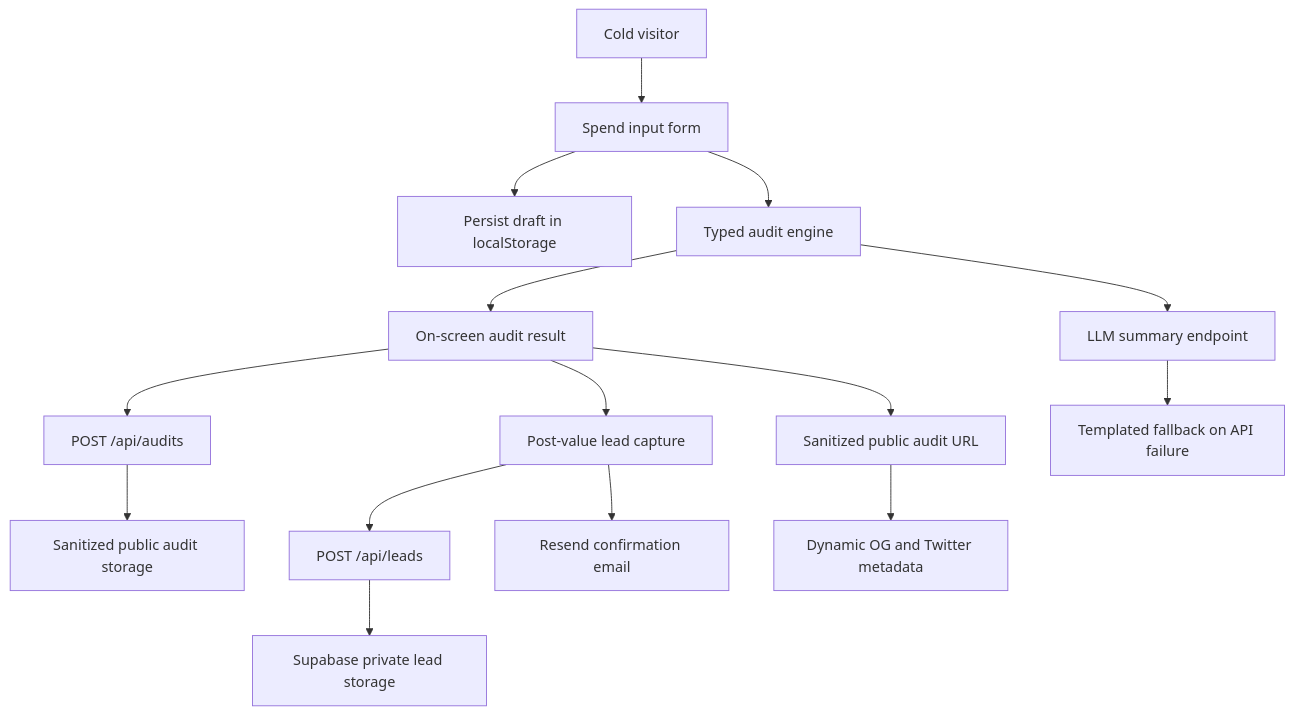
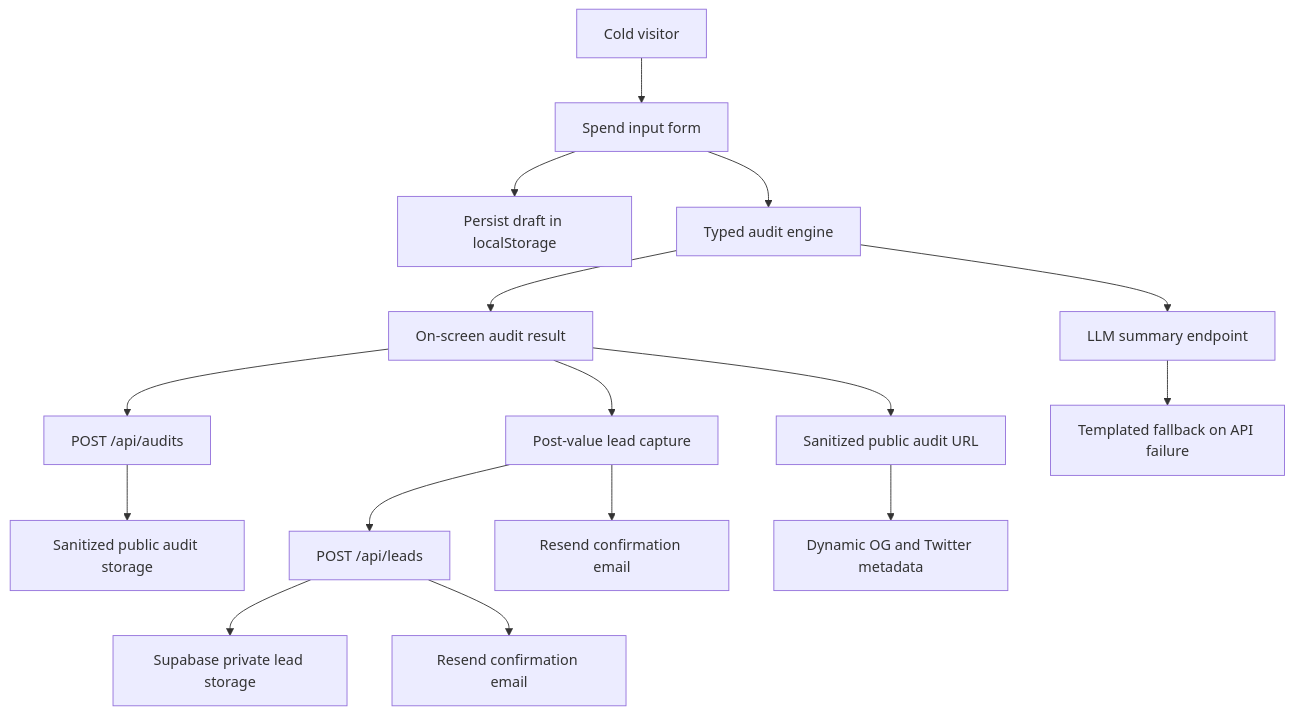
One commit to emphor11/credex changed the diagram in ARCHITECTURE.md. Above: the diagram before and after it, drawn with Mermaid. The commit also changed other lines of this file and 10 other files, not shown here.

````diff
--- a/ARCHITECTURE.md
+++ b/ARCHITECTURE.md
@@ -3,17 +3,18 @@
 ```mermaid
 flowchart TD
   Visitor["Cold visitor"] --> Form["Spend input form"]
   Form --> LocalStorage["Persist draft in localStorage"]
   Form --> Engine["Typed audit engine"]
   Engine --> Results["On-screen audit result"]
   Results --> AuditAPI["POST /api/audits"]
   AuditAPI --> PublicStore["Sanitized public audit storage"]
   Results --> Lead["Post-value lead capture"]
   Lead --> LeadAPI["POST /api/leads"]
   LeadAPI --> Supabase["Supabase private lead storage"]
+  LeadAPI --> Resend["Resend confirmation email"]
   Lead --> Email["Resend confirmation email"]
   Results --> PublicAudit["Sanitized public audit URL"]
   PublicAudit --> OG["Dynamic OG and Twitter metadata"]
   Engine --> Summary["LLM summary endpoint"]
   Summary --> Fallback["Templated fallback on API failure"]
 ```
````
